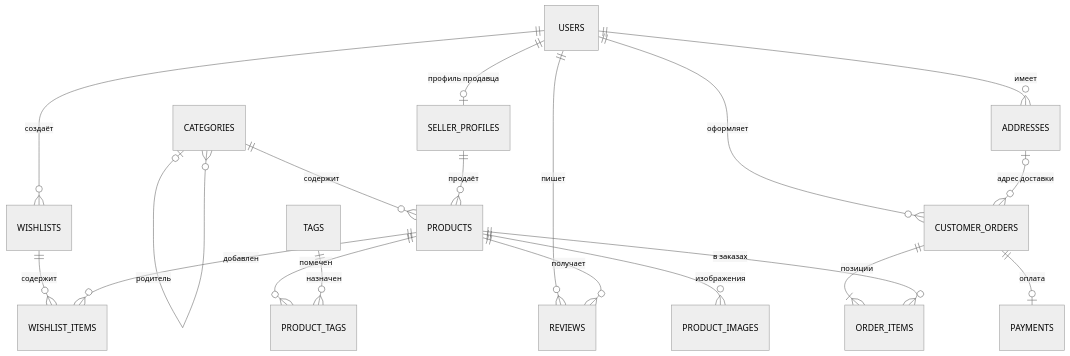
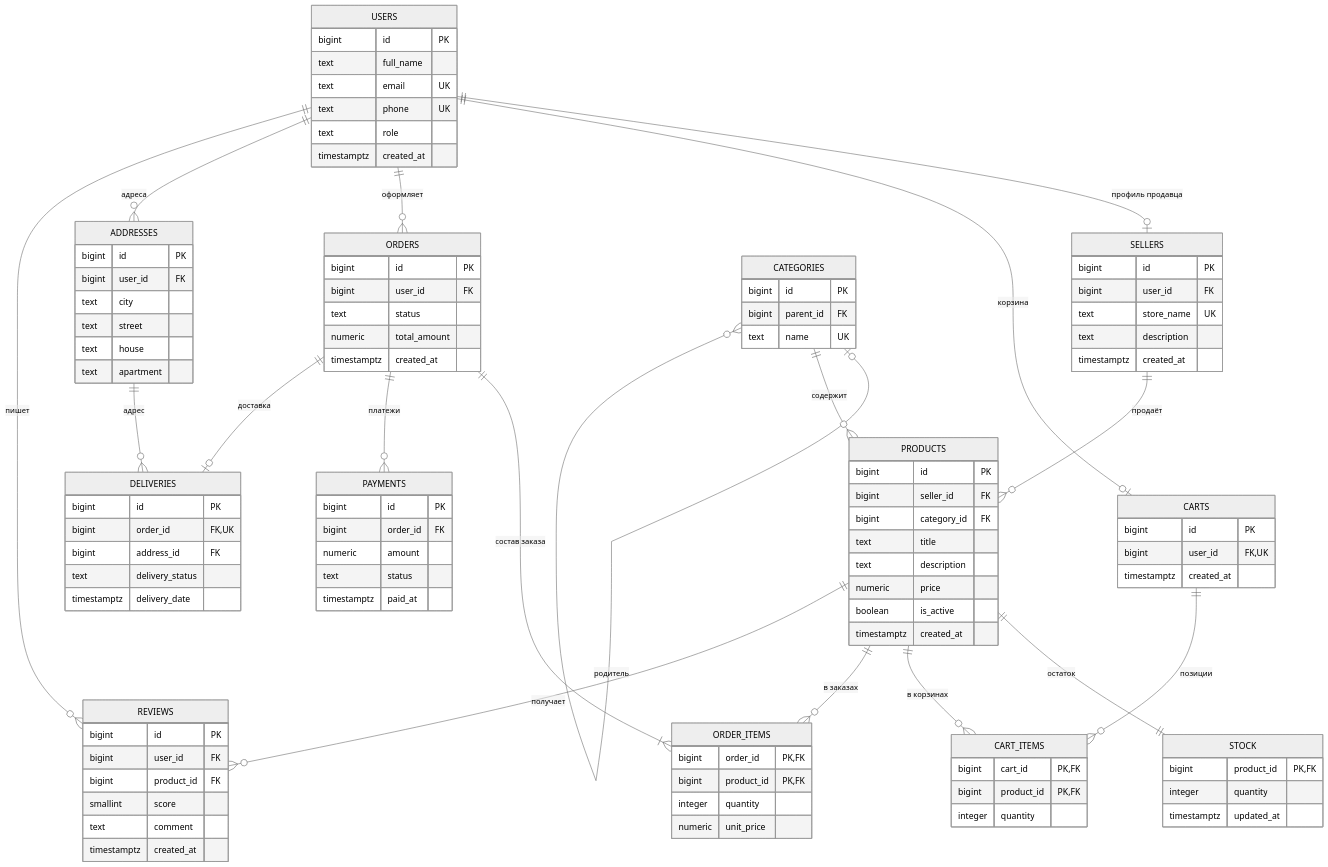
One commit to Dasrept/SQQL_LAB changed the diagram in lab01/ER_diagram.mmd. Above: the diagram before and after it, drawn with Mermaid (neutral theme). The commit also changed 4 other files, not shown here.

Commit message:
Align marketplace ER diagram with assignment example

```diff
--- a/lab01/ER_diagram.mmd
+++ b/lab01/ER_diagram.mmd
@@ -1,19 +1,107 @@
 erDiagram
-    USERS ||--o| SELLER_PROFILES : "профиль продавца"
-    USERS ||--o{ ADDRESSES : "имеет"
-    USERS ||--o{ CUSTOMER_ORDERS : "оформляет"
-    ADDRESSES o|--o{ CUSTOMER_ORDERS : "адрес доставки"
+    USERS ||--o| SELLERS : "профиль продавца"
+    USERS ||--o| CARTS : "корзина"
+    USERS ||--o{ ORDERS : "оформляет"
+    USERS ||--o{ ADDRESSES : "адреса"
     CATEGORIES o|--o{ CATEGORIES : "родитель"
     CATEGORIES ||--o{ PRODUCTS : "содержит"
-    SELLER_PROFILES ||--o{ PRODUCTS : "продаёт"
-    PRODUCTS ||--o{ PRODUCT_IMAGES : "изображения"
-    CUSTOMER_ORDERS ||--|{ ORDER_ITEMS : "позиции"
+    SELLERS ||--o{ PRODUCTS : "продаёт"
+    PRODUCTS ||--|| STOCK : "остаток"
+    CARTS ||--o{ CART_ITEMS : "позиции"
+    PRODUCTS ||--o{ CART_ITEMS : "в корзинах"
+    ORDERS ||--|{ ORDER_ITEMS : "состав заказа"
     PRODUCTS ||--o{ ORDER_ITEMS : "в заказах"
-    CUSTOMER_ORDERS ||--o| PAYMENTS : "оплата"
+    ORDERS ||--o{ PAYMENTS : "платежи"
     USERS ||--o{ REVIEWS : "пишет"
     PRODUCTS ||--o{ REVIEWS : "получает"
-    PRODUCTS ||--o{ PRODUCT_TAGS : "помечен"
-    TAGS ||--o{ PRODUCT_TAGS : "назначен"
-    USERS ||--o{ WISHLISTS : "создаёт"
-    WISHLISTS ||--o{ WISHLIST_ITEMS : "содержит"
-    PRODUCTS ||--o{ WISHLIST_ITEMS : "добавлен"
+    ORDERS ||--o| DELIVERIES : "доставка"
+    ADDRESSES ||--o{ DELIVERIES : "адрес"
+
+    USERS {
+        bigint id PK
+        text full_name
+        text email UK
+        text phone UK
+        text role
+        timestamptz created_at
+    }
+    SELLERS {
+        bigint id PK
+        bigint user_id FK
+        text store_name UK
+        text description
+        timestamptz created_at
+    }
+    CATEGORIES {
+        bigint id PK
+        bigint parent_id FK
+        text name UK
+    }
+    PRODUCTS {
+        bigint id PK
+        bigint seller_id FK
+        bigint category_id FK
+        text title
+        text description
+        numeric price
+        boolean is_active
+        timestamptz created_at
+    }
+    STOCK {
+        bigint product_id PK, FK
+        integer quantity
+        timestamptz updated_at
+    }
+    CARTS {
+        bigint id PK
+        bigint user_id FK, UK
+        timestamptz created_at
+    }
+    CART_ITEMS {
+        bigint cart_id PK, FK
+        bigint product_id PK, FK
+        integer quantity
+    }
+    ORDERS {
+        bigint id PK
+        bigint user_id FK
+        text status
+        numeric total_amount
+        timestamptz created_at
+    }
+    ORDER_ITEMS {
+        bigint order_id PK, FK
+        bigint product_id PK, FK
+        integer quantity
+        numeric unit_price
+    }
+    PAYMENTS {
+        bigint id PK
+        bigint order_id FK
+        numeric amount
+        text status
+        timestamptz paid_at
+    }
+    ADDRESSES {
+        bigint id PK
+        bigint user_id FK
+        text city
+        text street
+        text house
+        text apartment
+    }
+    DELIVERIES {
+        bigint id PK
+        bigint order_id FK, UK
+        bigint address_id FK
+        text delivery_status
+        timestamptz delivery_date
+    }
+    REVIEWS {
+        bigint id PK
+        bigint user_id FK
+        bigint product_id FK
+        smallint score
+        text comment
+        timestamptz created_at
+    }
```
